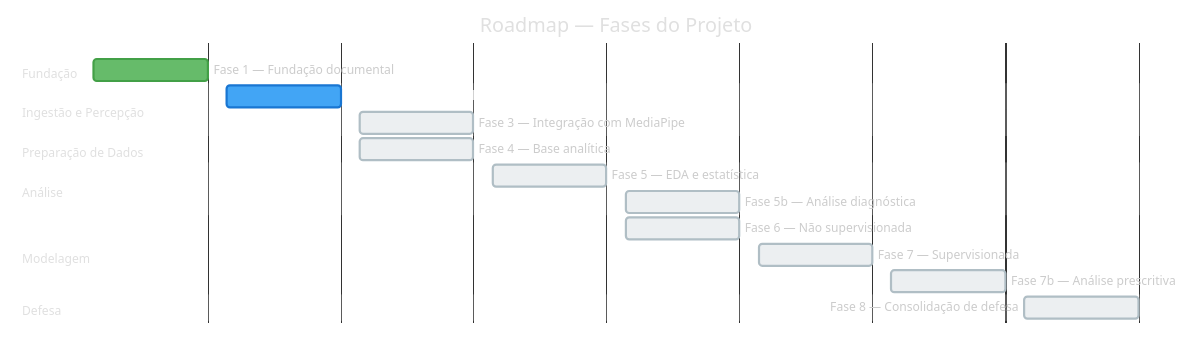
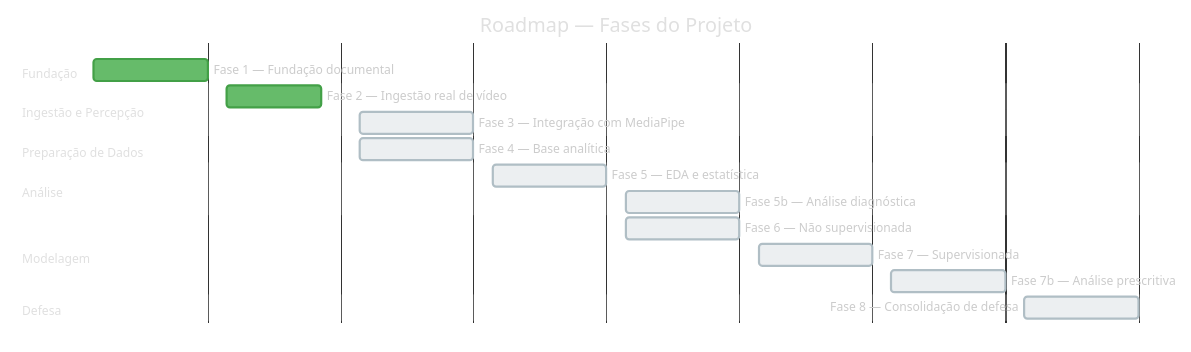
The first of 2 diagrams in docs/ROADMAP.md (especializacao-ia-pucsp/mediapipe-seguranca), drawn with Mermaid before and after one commit. The commit also changed other lines of this file and 14 other files, not shown here.

````diff
--- a/docs/ROADMAP.md
+++ b/docs/ROADMAP.md
@@ -43,50 +43,50 @@
 ```mermaid
 %%{init: {'theme': 'base', 'themeVariables': {
     'primaryColor': '#42A5F5',
     'primaryTextColor': '#fff',
     'primaryBorderColor': '#1976D2',
     'secondaryColor': '#B0BEC5',
     'tertiaryColor': '#E0E0E0',
     'doneTaskBkgColor': '#66BB6A',
     'doneTaskBorderColor': '#43A047',
     'activeTaskBkgColor': '#42A5F5',
     'activeTaskBorderColor': '#1976D2',
     'taskBkgColor': '#ECEFF1',
     'taskBorderColor': '#B0BEC5',
     'taskTextColor': '#333',
     'taskTextDarkColor': '#fff',
     'taskTextOutsideColor': '#ccc',
     'sectionBkgColor': 'transparent',
     'sectionBkgColor2': 'transparent',
     'gridColor': '#616161',
     'todayLineColor': '#F44336',
     'titleColor': '#E0E0E0',
     'fontFamily': 'sans-serif'
 }}}%%
 gantt
     title Roadmap — Fases do Projeto
     dateFormat YYYY-MM-DD
     axisFormat %b/%y
 
     section Fundação
     Fase 1 — Fundação documental      :done,    f1, 2026-03-16, 2026-03-22
 
     section Ingestão e Percepção
-    Fase 2 — Ingestão real de vídeo    :active,  f2, 2026-03-23, 2026-03-29
+    Fase 2 — Ingestão real de vídeo    :done,    f2, 2026-03-23, 2026-03-28
     Fase 3 — Integração com MediaPipe  :         f3, 2026-03-30, 2026-04-05
 
     section Preparação de Dados
     Fase 4 — Base analítica            :         f4, 2026-03-30, 2026-04-05
 
     section Análise
     Fase 5 — EDA e estatística         :         f5, 2026-04-06, 2026-04-12
     Fase 5b — Análise diagnóstica      :         f5b, 2026-04-13, 2026-04-19
 
     section Modelagem
     Fase 6 — Não supervisionada        :         f6, 2026-04-13, 2026-04-19
     Fase 7 — Supervisionada            :         f7, 2026-04-20, 2026-04-26
     Fase 7b — Análise prescritiva      :         f7b, 2026-04-27, 2026-05-03
 
     section Defesa
     Fase 8 — Consolidação de defesa    :         f8, 2026-05-04, 2026-05-10
 ```
````
